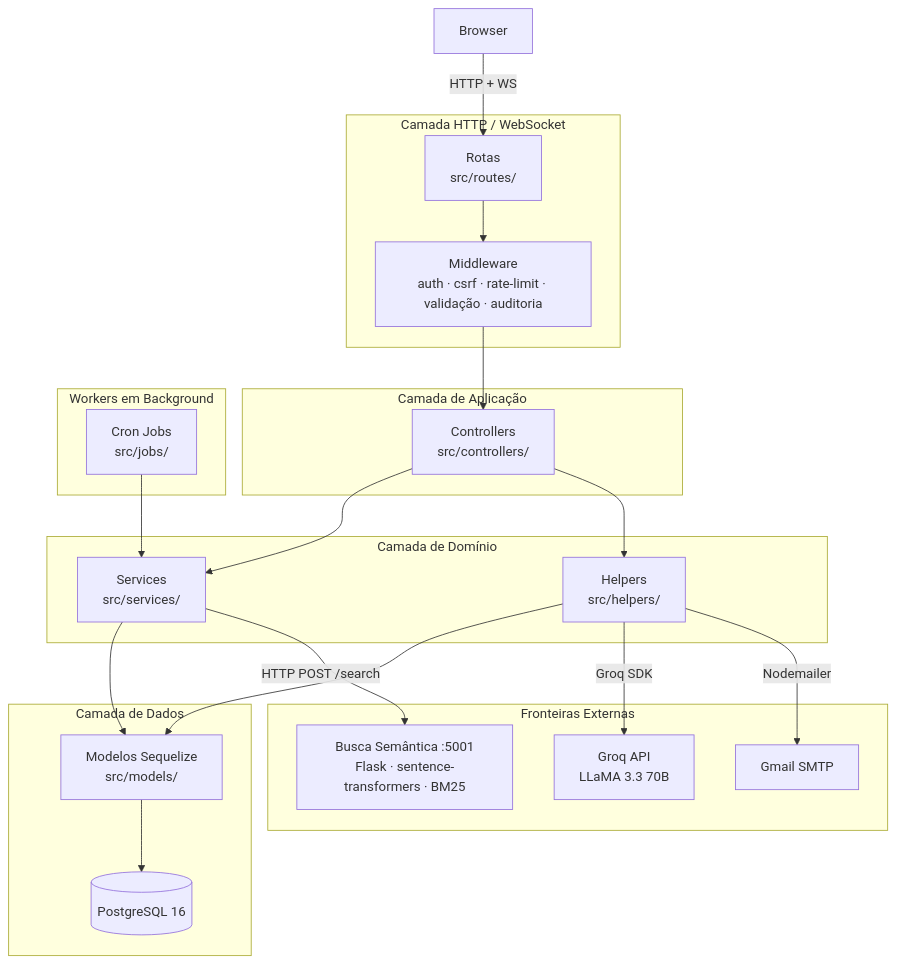
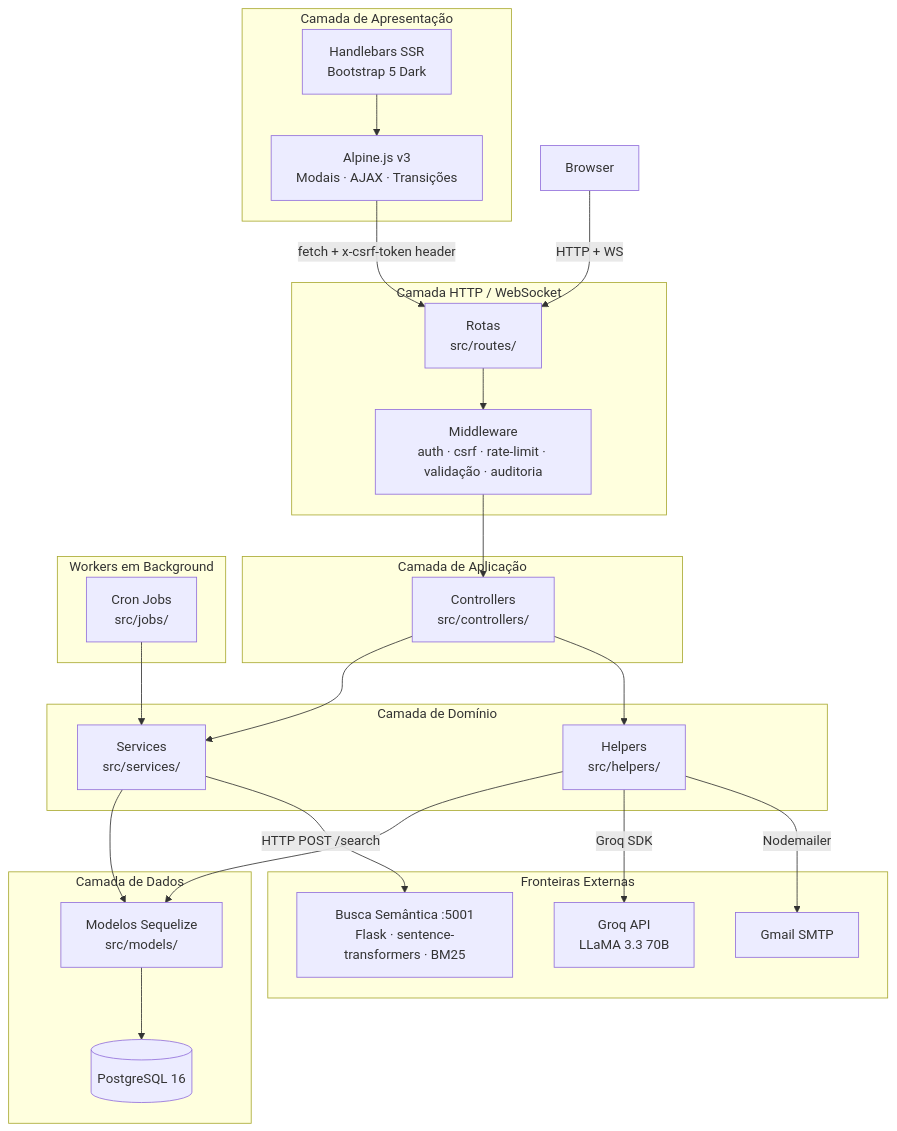
The first of 6 diagrams in docs/architecture.md (ThQMS/TCC---Linkup), drawn with Mermaid before and after one commit. The commit also changed other lines of this file and 24 other files, not shown here.

````diff
--- a/docs/architecture.md
+++ b/docs/architecture.md
@@ -41,44 +42,52 @@
 ```mermaid
 graph TB
+    subgraph Client["Camada de Apresentação"]
+        Alpine[Alpine.js v3\nModais · AJAX · Transições]
+        HBS[Handlebars SSR\nBootstrap 5 Dark]
+    end
+
     subgraph HTTP["Camada HTTP / WebSocket"]
         Routes[Rotas\nsrc/routes/]
         MW[Middleware\nauth · csrf · rate-limit · validação · auditoria]
     end
 
     subgraph App["Camada de Aplicação"]
         Controllers[Controllers\nsrc/controllers/]
     end
 
     subgraph Domain["Camada de Domínio"]
         Services[Services\nsrc/services/]
         Helpers[Helpers\nsrc/helpers/]
     end
 
     subgraph Data["Camada de Dados"]
         Models[Modelos Sequelize\nsrc/models/]
         PG[(PostgreSQL 16)]
     end
+
+    Alpine -->|fetch + x-csrf-token header| Routes
+    HBS --> Alpine
 
     subgraph External["Fronteiras Externas"]
         Groq[Groq API\nLLaMA 3.3 70B]
         SMTP[Gmail SMTP]
         Python[Busca Semântica :5001\nFlask · sentence-transformers · BM25]
     end
 
     subgraph Background["Workers em Background"]
         Cron[Cron Jobs\nsrc/jobs/]
     end
 
     Browser -->|HTTP + WS| Routes
     Routes --> MW
     MW --> Controllers
     Controllers --> Services
     Controllers --> Helpers
     Services --> Models
     Helpers --> Models
     Models --> PG
     Helpers -->|Groq SDK| Groq
     Helpers -->|Nodemailer| SMTP
     Services -->|HTTP POST /search| Python
     Cron --> Services
 ```
````
